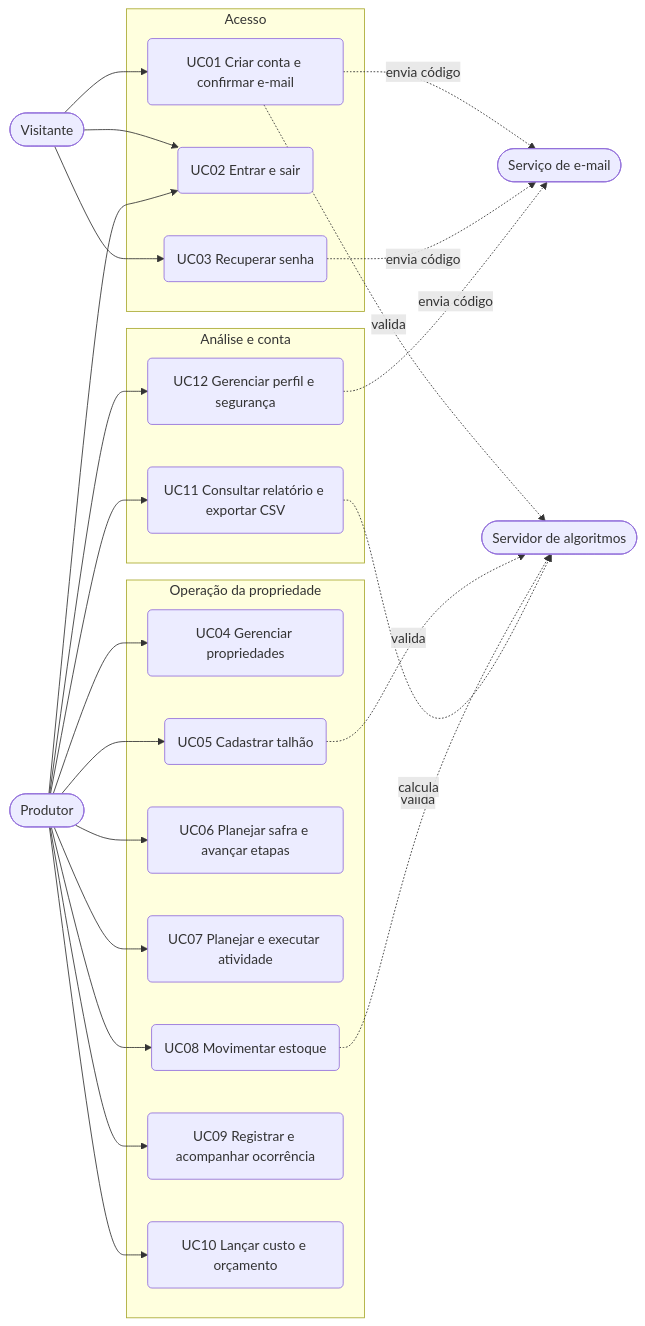
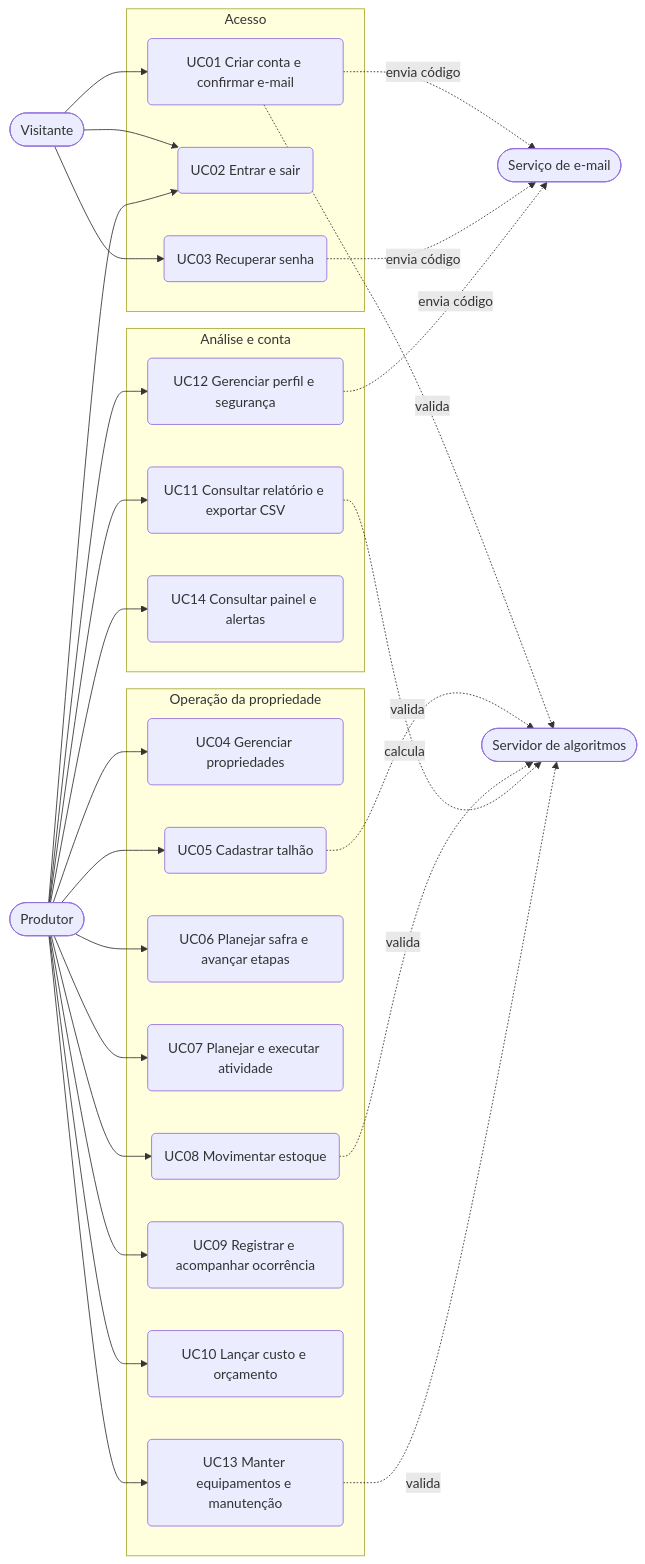
The diagram in docs/03-casos-de-uso.md (solerpedroo/PI_IV_TIME_8), drawn with Mermaid before and after one commit. The commit also changed other lines of this file, not shown here.

Commit message:
docs(casos-de-uso): cobre manutenção, painel e lacunas do review

````diff
--- a/docs/03-casos-de-uso.md
+++ b/docs/03-casos-de-uso.md
@@ -36,50 +38,55 @@
 ```mermaid
 flowchart LR
     V([Visitante])
     P([Produtor])
     E([Serviço de e-mail])
     A([Servidor de algoritmos])
 
     subgraph acesso ["Acesso"]
         UC01(UC01 Criar conta e confirmar e-mail)
         UC02(UC02 Entrar e sair)
         UC03(UC03 Recuperar senha)
     end
 
     subgraph operacao ["Operação da propriedade"]
         UC04(UC04 Gerenciar propriedades)
         UC05(UC05 Cadastrar talhão)
         UC06(UC06 Planejar safra e avançar etapas)
         UC07(UC07 Planejar e executar atividade)
         UC08(UC08 Movimentar estoque)
         UC09(UC09 Registrar e acompanhar ocorrência)
         UC10(UC10 Lançar custo e orçamento)
+        UC13(UC13 Manter equipamentos e manutenção)
     end
 
     subgraph analise ["Análise e conta"]
         UC11(UC11 Consultar relatório e exportar CSV)
         UC12(UC12 Gerenciar perfil e segurança)
+        UC14(UC14 Consultar painel e alertas)
     end
 
     V --> UC01
     V --> UC02
     V --> UC03
     P --> UC02
     P --> UC04
     P --> UC05
     P --> UC06
     P --> UC07
     P --> UC08
     P --> UC09
     P --> UC10
     P --> UC11
     P --> UC12
+    P --> UC13
+    P --> UC14
 
     UC01 -. envia código .-> E
     UC03 -. envia código .-> E
     UC12 -. envia código .-> E
     UC01 -. valida .-> A
     UC05 -. valida .-> A
     UC08 -. valida .-> A
     UC11 -. calcula .-> A
+    UC13 -. valida .-> A
 ```
````
